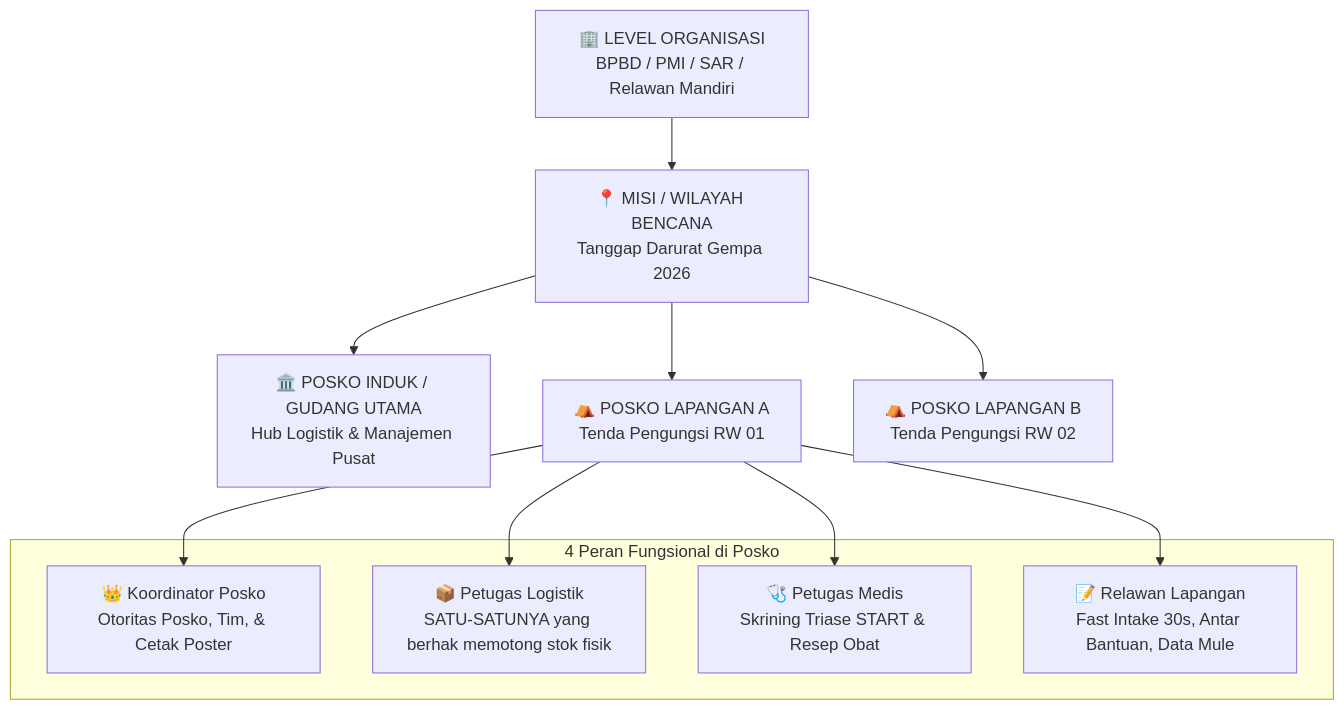
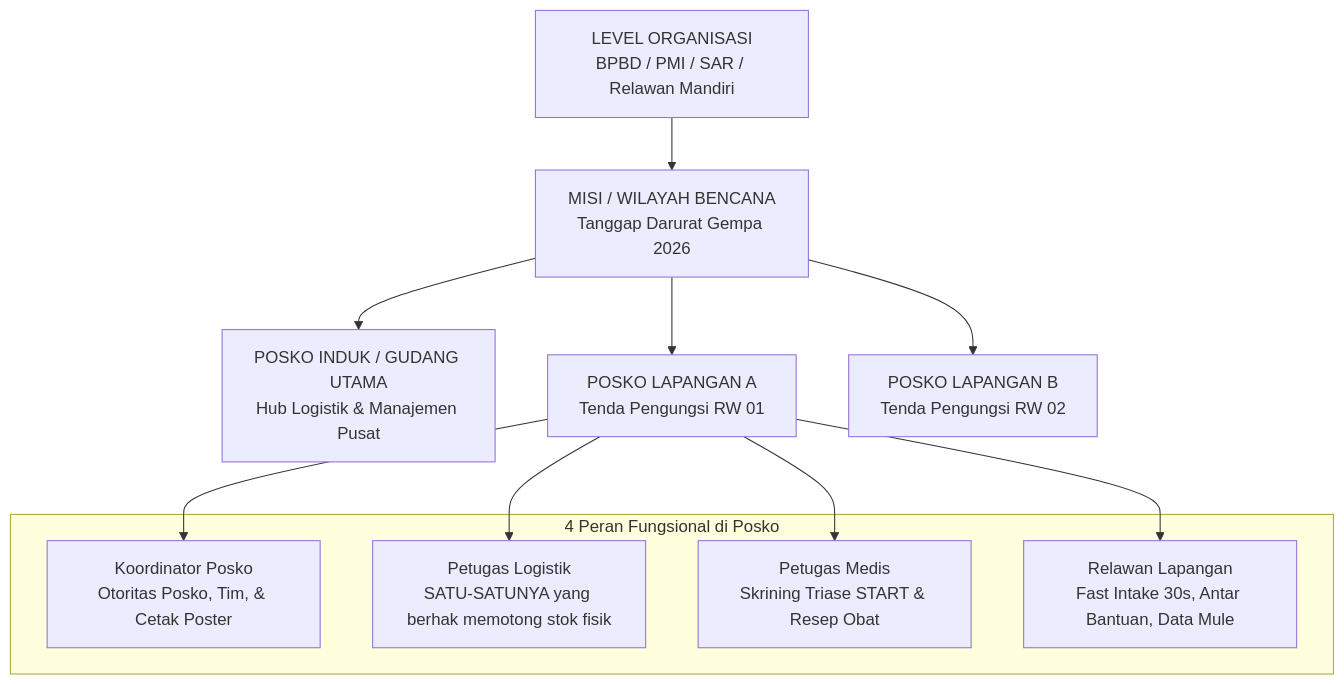
One commit to untacorp/sandya changed the first of 5 diagrams in docs/event-sourcing-dan-hierarki.md. Above: the diagram before and after it, drawn with Mermaid. The commit also changed other lines of this file and 218 other files, not shown here.

````diff
--- a/docs/event-sourcing-dan-hierarki.md
+++ b/docs/event-sourcing-dan-hierarki.md
@@ -38,22 +38,22 @@
 ```mermaid
 graph TD
-    Org["🏢 LEVEL ORGANISASI<br/>BPBD / PMI / SAR / Relawan Mandiri"]
-    
-    Org --> Mission["📍 MISI / WILAYAH BENCANA<br/>Tanggap Darurat Gempa 2026"]
-    
-    Mission --> PosInduk["🏛️ POSKO INDUK / GUDANG UTAMA<br/>Hub Logistik & Manajemen Pusat"]
-    Mission --> PosA["⛺ POSKO LAPANGAN A<br/>Tenda Pengungsi RW 01"]
-    Mission --> PosB["⛺ POSKO LAPANGAN B<br/>Tenda Pengungsi RW 02"]
+  Org[" LEVEL ORGANISASI<br/>BPBD / PMI / SAR / Relawan Mandiri"]
+  
+  Org --> Mission[" MISI / WILAYAH BENCANA<br/>Tanggap Darurat Gempa 2026"]
+  
+  Mission --> PosInduk[" POSKO INDUK / GUDANG UTAMA<br/>Hub Logistik & Manajemen Pusat"]
+  Mission --> PosA[" POSKO LAPANGAN A<br/>Tenda Pengungsi RW 01"]
+  Mission --> PosB[" POSKO LAPANGAN B<br/>Tenda Pengungsi RW 02"]
 
-    subgraph Personel_Posko ["4 Peran Fungsional di Posko"]
-        Koord["👑 Koordinator Posko<br/>Otoritas Posko, Tim, & Cetak Poster"]
-        Logistik["📦 Petugas Logistik<br/>SATU-SATUNYA yang berhak memotong stok fisik"]
-        Medis["🩺 Petugas Medis<br/>Skrining Triase START & Resep Obat"]
-        Relawan["📝 Relawan Lapangan<br/>Fast Intake 30s, Antar Bantuan, Data Mule"]
-    end
+  subgraph Personel_Posko ["4 Peran Fungsional di Posko"]
+  Koord[" Koordinator Posko<br/>Otoritas Posko, Tim, & Cetak Poster"]
+  Logistik[" Petugas Logistik<br/>SATU-SATUNYA yang berhak memotong stok fisik"]
+  Medis[" Petugas Medis<br/>Skrining Triase START & Resep Obat"]
+  Relawan[" Relawan Lapangan<br/>Fast Intake 30s, Antar Bantuan, Data Mule"]
+  end
 
-    PosA --> Koord
-    PosA --> Logistik
-    PosA --> Medis
-    PosA --> Relawan
+  PosA --> Koord
+  PosA --> Logistik
+  PosA --> Medis
+  PosA --> Relawan
 ```
````
